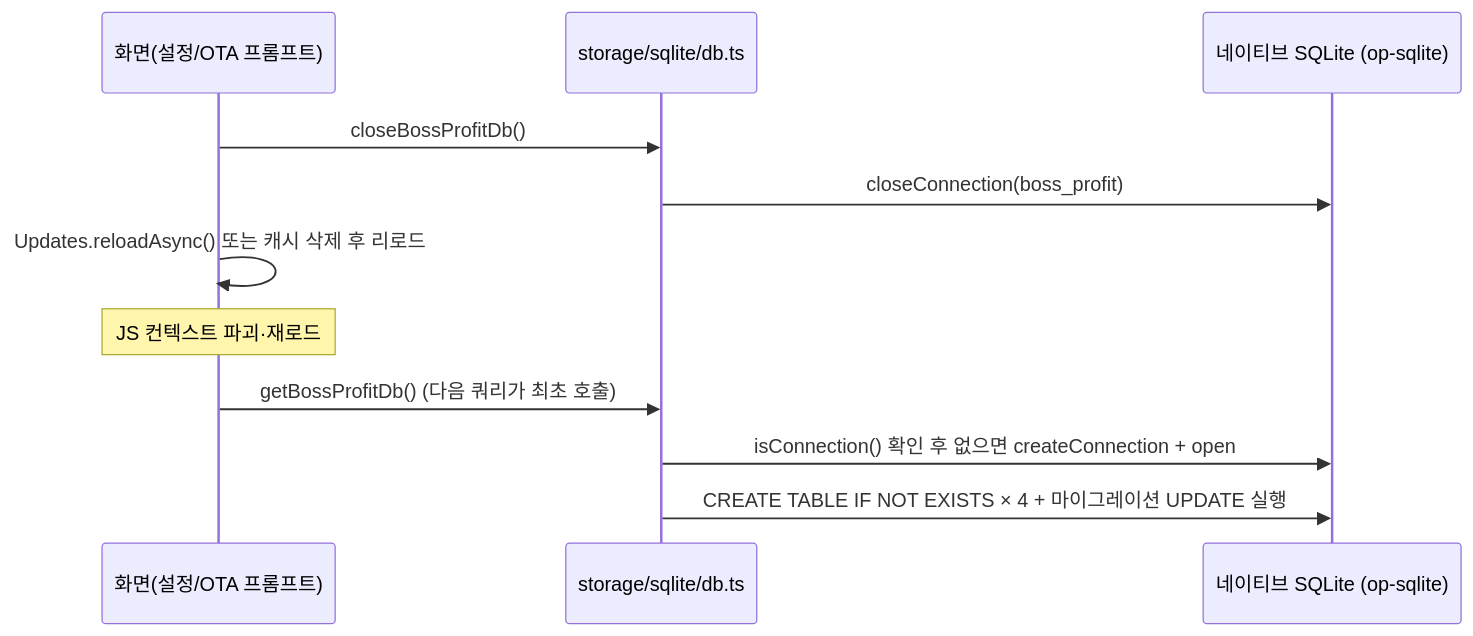
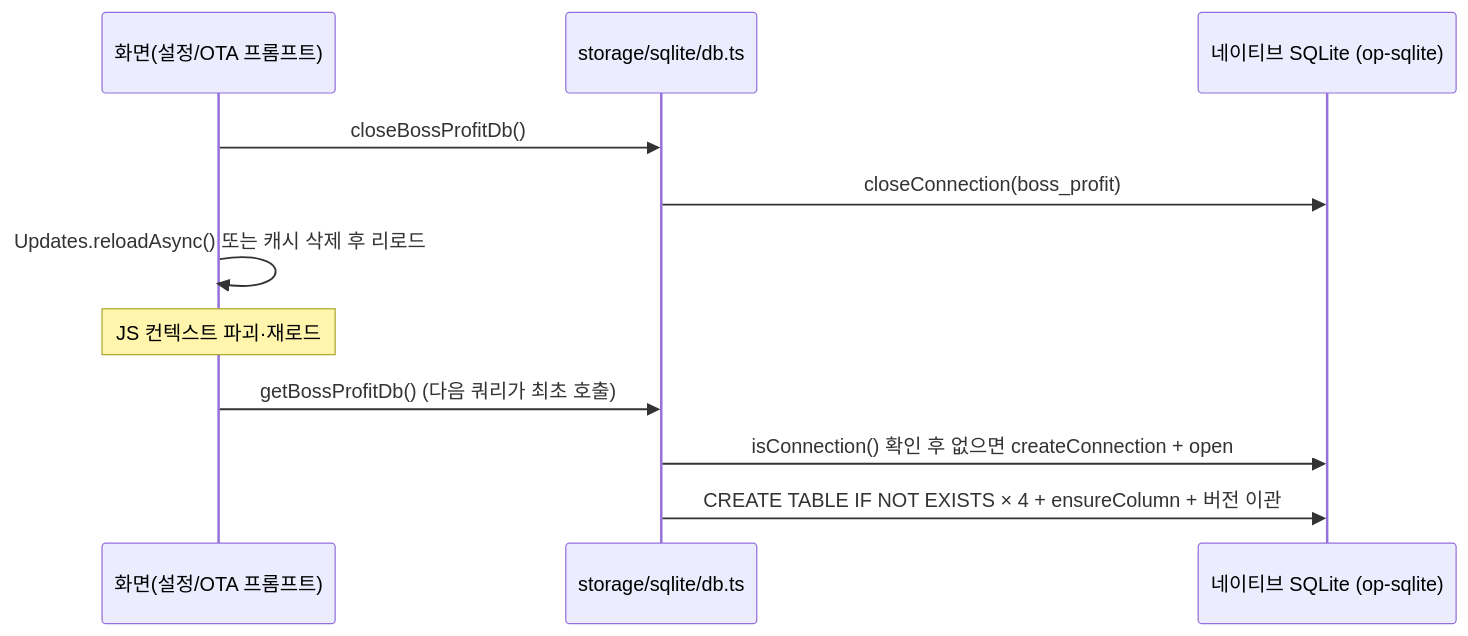
Before and after one commit to jini520/maple-routine: the second of 2 diagrams in docs/persistence/sqlite.md, drawn with Mermaid. The commit also changed other lines of this file and 6 other files, not shown here.

````diff
--- a/docs/persistence/sqlite.md
+++ b/docs/persistence/sqlite.md
@@ -212,14 +212,14 @@
 ```mermaid
 sequenceDiagram
     participant UI as 화면(설정/OTA 프롬프트)
     participant DB as storage/sqlite/db.ts
     participant Native as 네이티브 SQLite (op-sqlite)
 
     UI->>DB: closeBossProfitDb()
     DB->>Native: closeConnection(boss_profit)
     UI->>UI: Updates.reloadAsync() 또는 캐시 삭제 후 리로드
     Note over UI: JS 컨텍스트 파괴·재로드
     UI->>DB: getBossProfitDb() (다음 쿼리가 최초 호출)
     DB->>Native: isConnection() 확인 후 없으면 createConnection + open
-    DB->>Native: CREATE TABLE IF NOT EXISTS × 4 + 마이그레이션 UPDATE 실행
+    DB->>Native: CREATE TABLE IF NOT EXISTS × 4 + ensureColumn + 버전 이관
 ```
````
